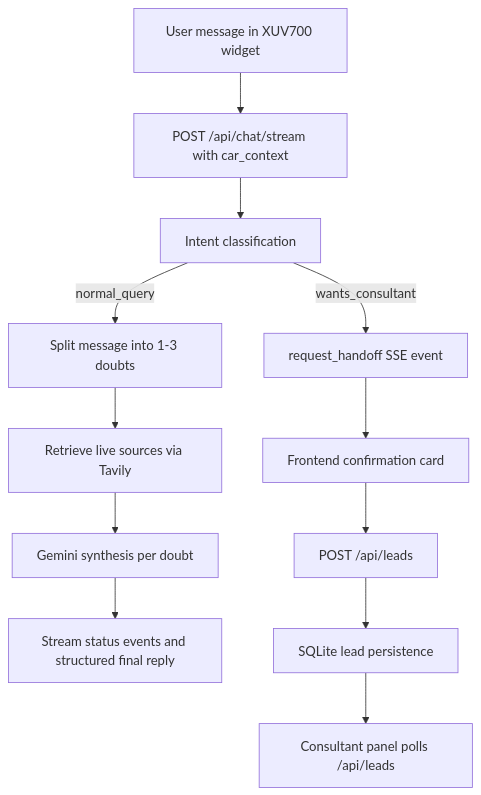
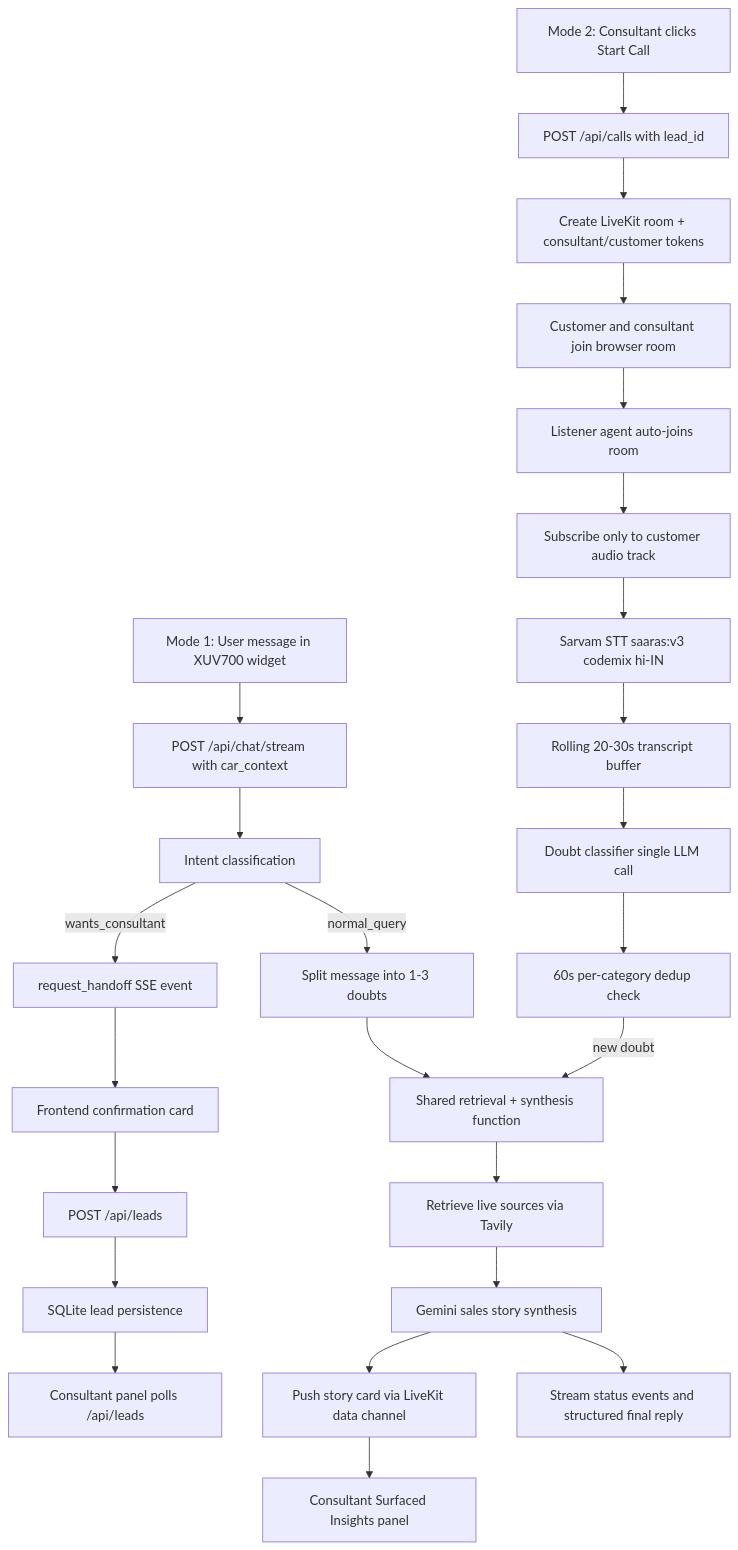
Before and after one commit to TheAditya-10/Sales-agent: the diagram in README.md, drawn with Mermaid. The commit also changed other lines of this file and 30 other files, not shown here.

First line of the commit message:
feat: integrate LiveKit for real-time consultations and enhance call functionality

````diff
--- a/README.md
+++ b/README.md
@@ -5,14 +9,28 @@
 ```mermaid
 flowchart TD
-    A[User message in XUV700 widget] --> B[POST /api/chat/stream with car_context]
+    A[Mode 1: User message in XUV700 widget] --> B[POST /api/chat/stream with car_context]
     B --> C[Intent classification]
     C -->|normal_query| D[Split message into 1-3 doubts]
-    D --> E[Retrieve live sources via Tavily]
-    E --> F[Gemini synthesis per doubt]
+    D --> S[Shared retrieval + synthesis function]
+    S --> E[Retrieve live sources via Tavily]
+    E --> F[Gemini sales story synthesis]
     F --> G[Stream status events and structured final reply]
     C -->|wants_consultant| H[request_handoff SSE event]
     H --> I[Frontend confirmation card]
     I --> J[POST /api/leads]
     J --> K[SQLite lead persistence]
     K --> L[Consultant panel polls /api/leads]
+
+    M[Mode 2: Consultant clicks Start Call] --> N[POST /api/calls with lead_id]
+    N --> O[Create LiveKit room + consultant/customer tokens]
+    O --> P[Customer and consultant join browser room]
+    P --> Q[Listener agent auto-joins room]
+    Q --> R[Subscribe only to customer audio track]
+    R --> T[Sarvam STT saaras:v3 codemix hi-IN]
+    T --> U[Rolling 20-30s transcript buffer]
+    U --> V[Doubt classifier single LLM call]
+    V --> W[60s per-category dedup check]
+    W -->|new doubt| S
+    F --> X[Push story card via LiveKit data channel]
+    X --> Y[Consultant Surfaced Insights panel]
 ```
````
